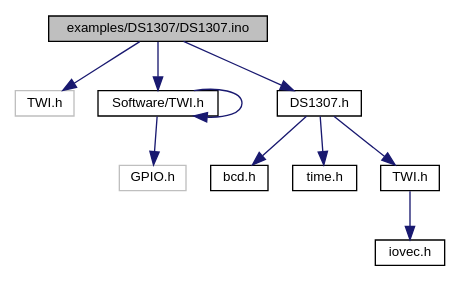
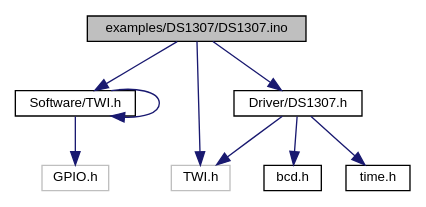
Before and after one commit to mikaelpatel/mikaelpatel.github.io: the diagram in Arduino-TWI/d1/d91/DS1307_8ino__incl.dot, drawn with Graphviz. The commit also changed 144 other files, not shown here.

```diff
--- a/Arduino-TWI/d1/d91/DS1307_8ino__incl.dot
+++ b/Arduino-TWI/d1/d91/DS1307_8ino__incl.dot
@@ -1,23 +1,20 @@
 digraph "examples/DS1307/DS1307.ino"
 {
   edge [fontname="Helvetica",fontsize="10",labelfontname="Helvetica",labelfontsize="10"];
   node [fontname="Helvetica",fontsize="10",shape=record];
   Node1 [label="examples/DS1307/DS1307.ino",height=0.2,width=0.4,color="black", fillcolor="grey75", style="filled", fontcolor="black"];
   Node1 -> Node2 [color="midnightblue",fontsize="10",style="solid",fontname="Helvetica"];
   Node2 [label="TWI.h",height=0.2,width=0.4,color="grey75", fillcolor="white", style="filled"];
   Node1 -> Node3 [color="midnightblue",fontsize="10",style="solid",fontname="Helvetica"];
   Node3 [label="Software/TWI.h",height=0.2,width=0.4,color="black", fillcolor="white", style="filled",URL="$df/dad/Software_2TWI_8h.html"];
   Node3 -> Node3 [color="midnightblue",fontsize="10",style="solid",fontname="Helvetica"];
   Node3 -> Node4 [color="midnightblue",fontsize="10",style="solid",fontname="Helvetica"];
   Node4 [label="GPIO.h",height=0.2,width=0.4,color="grey75", fillcolor="white", style="filled"];
   Node1 -> Node5 [color="midnightblue",fontsize="10",style="solid",fontname="Helvetica"];
-  Node5 [label="DS1307.h",height=0.2,width=0.4,color="black", fillcolor="white", style="filled",URL="$de/dba/DS1307_8h.html"];
+  Node5 [label="Driver/DS1307.h",height=0.2,width=0.4,color="black", fillcolor="white", style="filled",URL="$de/dba/DS1307_8h.html"];
   Node5 -> Node6 [color="midnightblue",fontsize="10",style="solid",fontname="Helvetica"];
   Node6 [label="bcd.h",height=0.2,width=0.4,color="black", fillcolor="white", style="filled",URL="$d3/db0/bcd_8h.html"];
   Node5 -> Node7 [color="midnightblue",fontsize="10",style="solid",fontname="Helvetica"];
   Node7 [label="time.h",height=0.2,width=0.4,color="black", fillcolor="white", style="filled",URL="$de/df7/time_8h.html"];
-  Node5 -> Node8 [color="midnightblue",fontsize="10",style="solid",fontname="Helvetica"];
-  Node8 [label="TWI.h",height=0.2,width=0.4,color="black", fillcolor="white", style="filled",URL="$d7/d67/TWI_8h.html"];
-  Node8 -> Node9 [color="midnightblue",fontsize="10",style="solid",fontname="Helvetica"];
-  Node9 [label="iovec.h",height=0.2,width=0.4,color="black", fillcolor="white", style="filled",URL="$d6/dbc/iovec_8h.html"];
+  Node5 -> Node2 [color="midnightblue",fontsize="10",style="solid",fontname="Helvetica"];
 }
```
